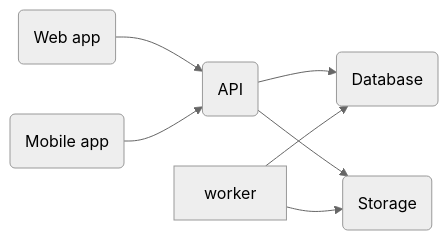
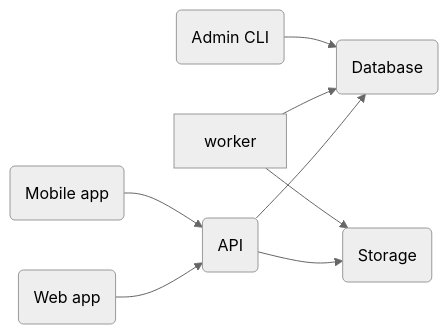
The diagram in README.md (cmaneu/thanksgiving), drawn with Mermaid (neutral theme) before and after one commit. The commit also changed other lines of this file, not shown here.

````diff
--- a/README.md
+++ b/README.md
@@ -22,9 +22,10 @@
 ```mermaid
 graph LR
     web(Web app) --> api
     mobile(Mobile app) --> api
     api(API) --> db(Database)
     worker --> db
     api --> storage(Storage)
     worker --> storage
+    admincli(Admin CLI) --> db
 ```
````
